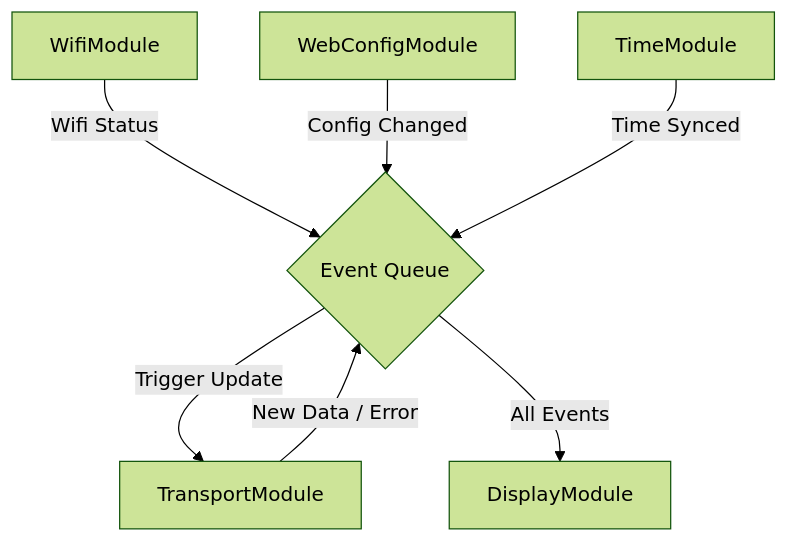
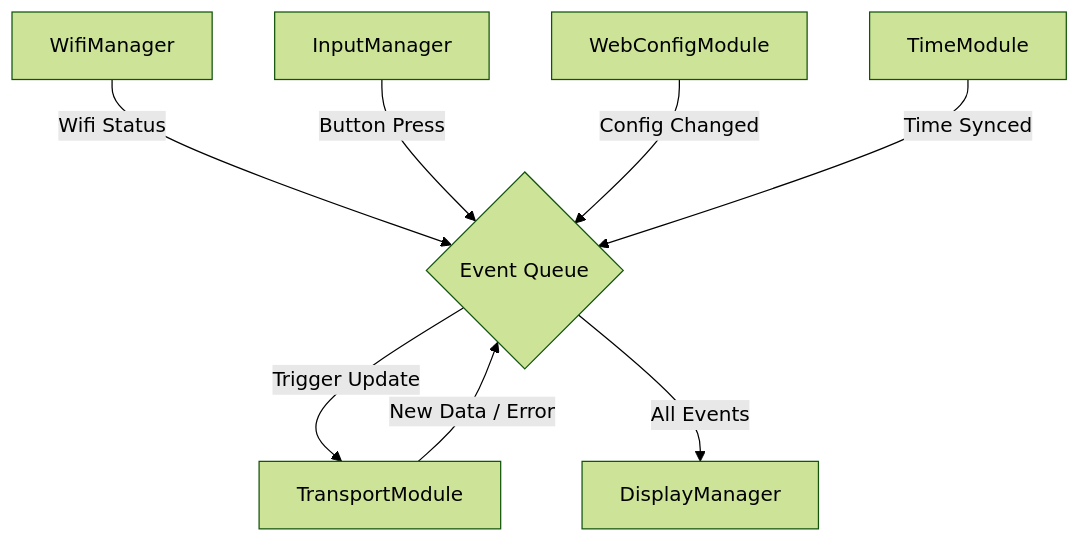
Before and after one commit to Mahboob22-bit/crowpanel-oev-display: the diagram in ARCHITECTURE.md, drawn with Mermaid (forest theme). The commit also changed other lines of this file and 2 other files, not shown here.

First line of the commit message:
Update architecture documentation and add changelog

````diff
--- a/ARCHITECTURE.md
+++ b/ARCHITECTURE.md
@@ -26,17 +28,18 @@
 ```mermaid
 graph TD
     %% Events
     EventQ{Event Queue}
 
     %% Modules
-    Wifi[WifiModule] -->|Wifi Status| EventQ
+    Wifi[WifiManager] -->|Wifi Status| EventQ
+    Input[InputManager] -->|Button Press| EventQ
     Web[WebConfigModule] -->|Config Changed| EventQ
     Time[TimeModule] -->|Time Synced| EventQ
     
     Transport[TransportModule]
     EventQ -->|Trigger Update| Transport
     Transport -->|New Data / Error| EventQ
     
-    Display[DisplayModule]
+    Display[DisplayManager]
     EventQ -->|All Events| Display
 ```
````
